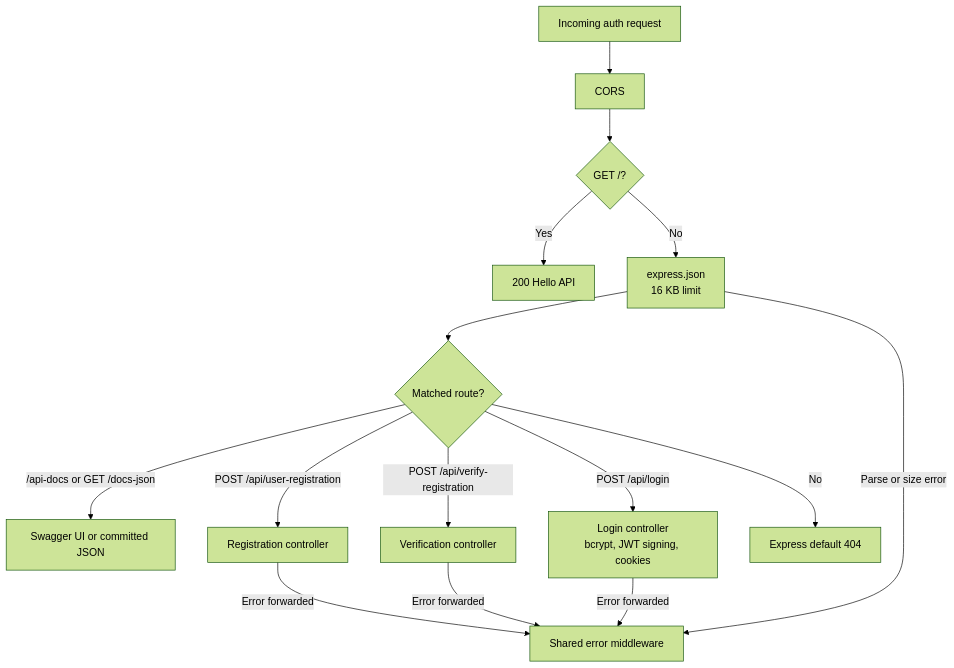
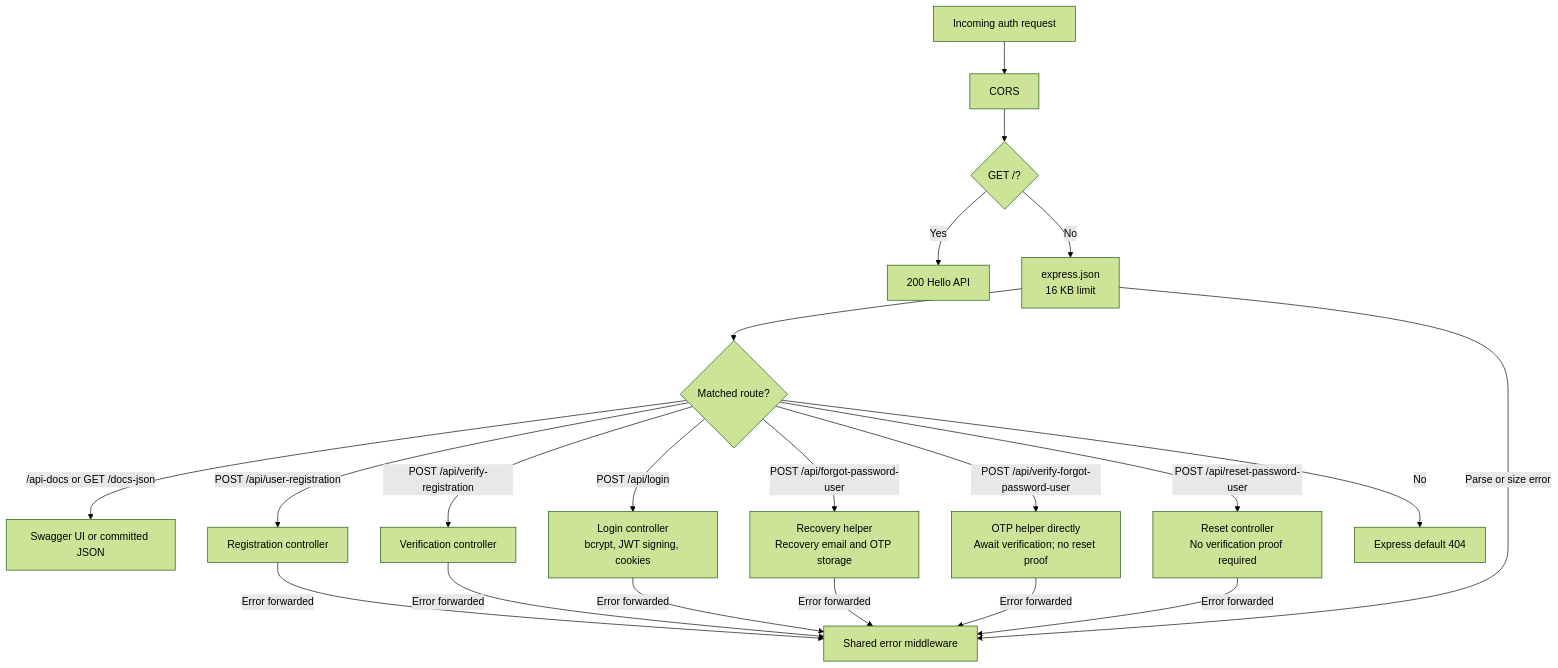
Before and after one commit to Kruskal892/Microservice-SaaS-E-commerce: the second of 7 diagrams in docs/architecture/request-flows.md, drawn with Mermaid (forest theme). The commit also changed other lines of this file and 18 other files, not shown here.

Commit message:
feat(auth): add password-recovery routes, recovery email template, Swagger contracts, and update documentation

````diff
--- a/docs/architecture/request-flows.md
+++ b/docs/architecture/request-flows.md
@@ -36,17 +36,23 @@
 ```mermaid
 flowchart TD
     Request["Incoming auth request"] --> CORS["CORS"]
     CORS --> Root{"GET /?"}
     Root -->|Yes| Greeting["200 Hello API"]
     Root -->|No| JSON["express.json<br/>16 KB limit"]
     JSON --> Route{"Matched route?"}
     Route -->|"/api-docs or GET /docs-json"| Swagger["Swagger UI or committed JSON"]
     Route -->|"POST /api/user-registration"| Registration["Registration controller"]
     Route -->|"POST /api/verify-registration"| Verification["Verification controller"]
     Route -->|"POST /api/login"| Login["Login controller<br/>bcrypt, JWT signing, cookies"]
+    Route -->|"POST /api/forgot-password-user"| Forgot["Recovery helper<br/>Recovery email and OTP storage"]
+    Route -->|"POST /api/verify-forgot-password-user"| RecoveryOTP["OTP helper directly<br/>Await verification; no reset proof"]
+    Route -->|"POST /api/reset-password-user"| Reset["Reset controller<br/>No verification proof required"]
     Route -->|No| Missing["Express default 404"]
     JSON -->|Parse or size error| Errors["Shared error middleware"]
     Registration -->|Error forwarded| Errors
     Verification -->|Error forwarded| Errors
     Login -->|Error forwarded| Errors
+    Forgot -->|Error forwarded| Errors
+    RecoveryOTP -->|Error forwarded| Errors
+    Reset -->|Error forwarded| Errors
 ```
````
